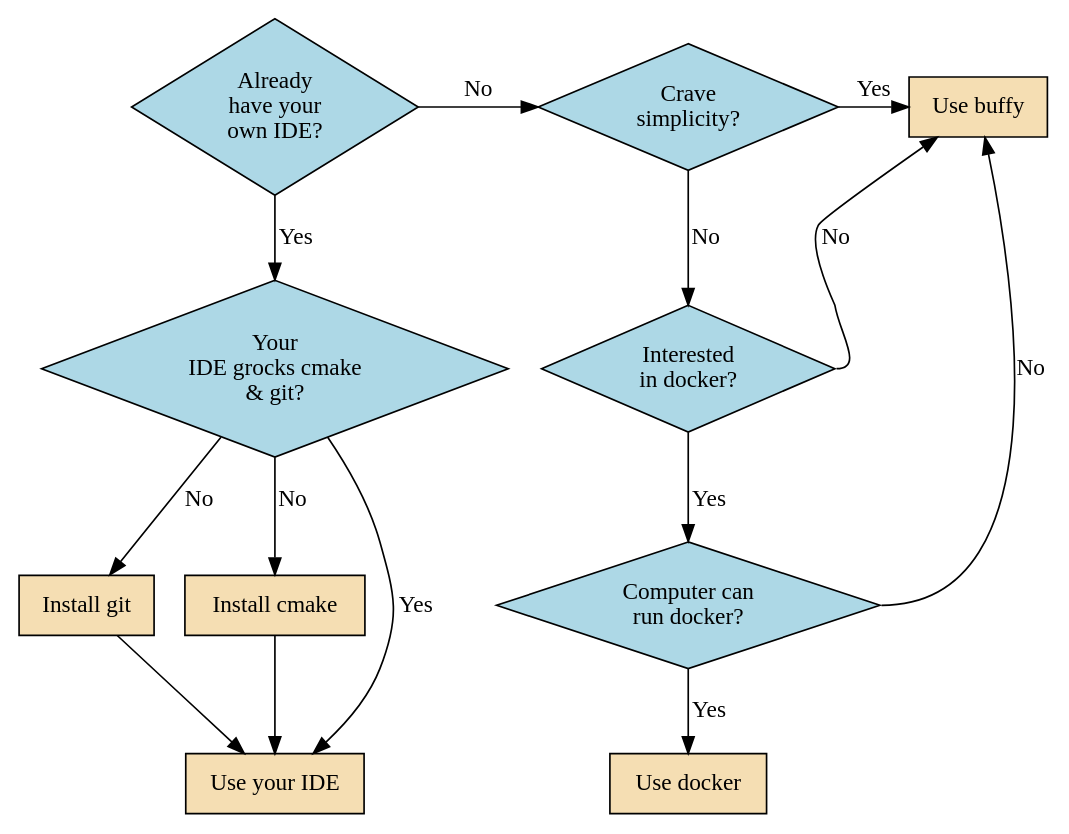
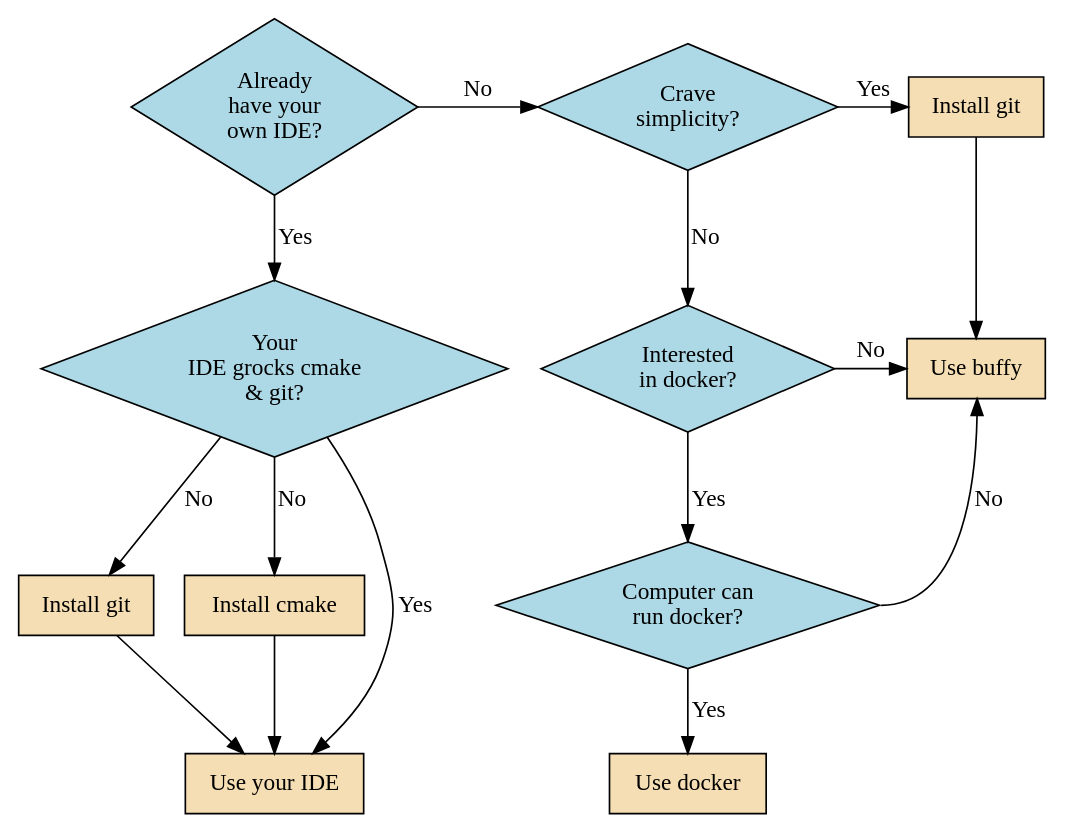
One commit to townmath/cisp400-reader changed the diagram in _sources/build-tools/compiling.rst. Above: the diagram before and after it, drawn with Graphviz. The commit also changed 6 other files, not shown here.

Commit message:
graph tweak

```diff
--- a/_sources/build-tools/compiling.rst
+++ b/_sources/build-tools/compiling.rst
@@ -618,66 +618,70 @@
 .. digraph:: choices
    :align: center
    :alt: Choosing a build system
 
    node [fontname = "Bitstream Vera Sans", fontsize=14,
          style=filled, fillcolor=lightblue,
          shape=rect
    ]
   
    ide [
        label = "Already\nhave your\nown IDE?"
        shape = diamond
    ]
    ide_chain [
        label = "Your\nIDE grocks cmake\n& git?"
        shape = diamond
    ]
      
    simple [
        label = "Crave\nsimplicity?"
        shape = diamond
    ]
      
    docker [
        label = "Interested\nin docker?"
        shape = diamond
    ]
      
    cpu [
        label = "Computer can\nrun docker?"
        shape = diamond
    ]
      
    node [fillcolor="wheat"]
      
    git [
        label = "Install git"
    ]
+   git2 [
+       label = "Install git"
+   ]
    cmake [
        label = "Install cmake"
    ]
    use_buffy [
        label = "Use buffy"
    ]
    use_docker [
        label = "Use docker"
    ]
    use_ide [
        label = "Use your IDE"
    ]
 
 
    ide -> ide_chain [ label = "Yes" ];
    ide_chain -> use_ide [ label = "Yes" ];
    ide_chain -> git [ label = "No"];
    ide_chain -> cmake [ label = "No"];
    ide -> simple [ label = "No" , constraint = false];
    simple -> docker [ label = "No" ];
-   simple -> use_buffy [label="Yes",  constraint=false];
+   simple -> git2 [label="Yes",  constraint=false];
+   git2 -> use_buffy;
    docker -> cpu [label="Yes"]
-   docker:e -> use_buffy [label="No", constraint=false];
+   docker -> use_buffy [label="No", constraint=false];
    docker->use_docker [style=invis, weight=0];
    cpu -> use_docker [ label = "Yes"];
    cpu:e -> use_buffy [ label = "No", constraint=false]
    cmake -> use_ide
    git -> use_ide
```
